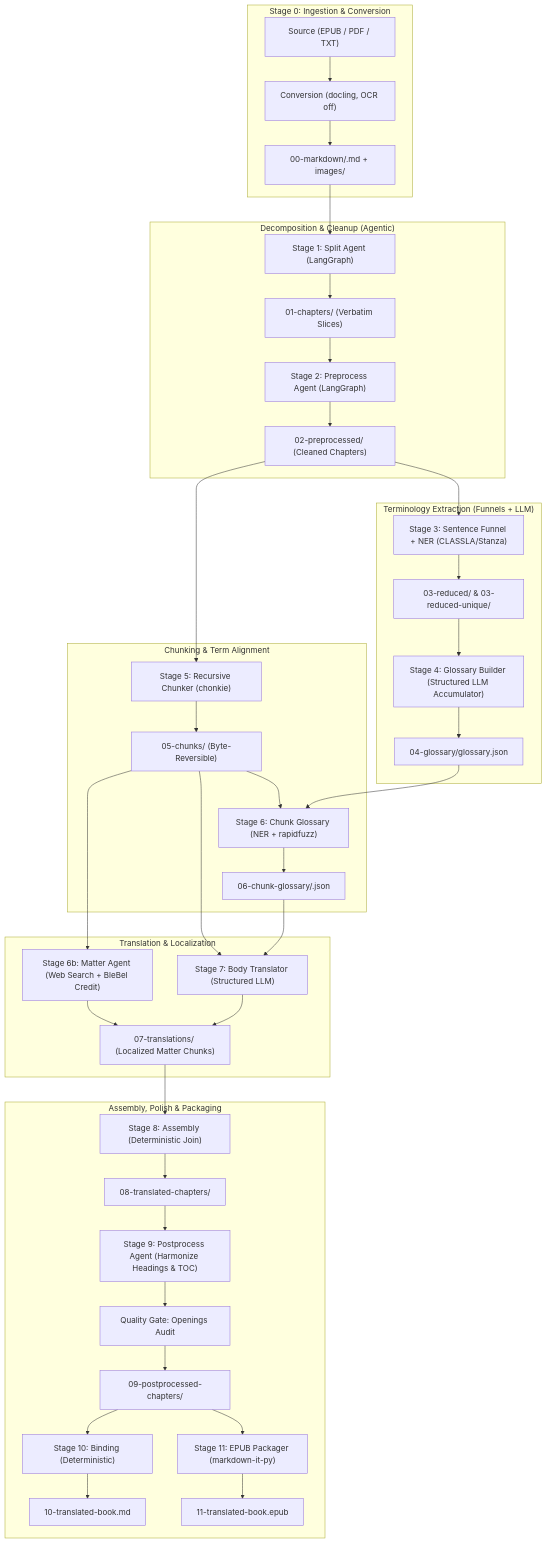
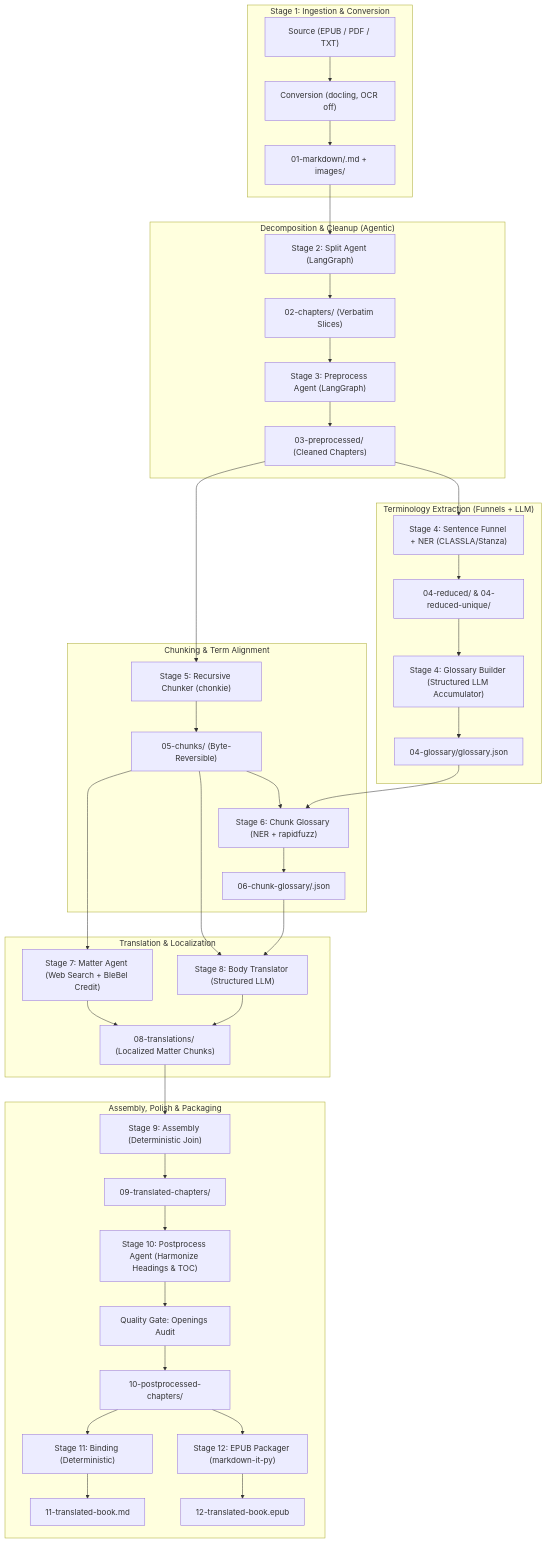
One commit to jovistos/blebel-ai-book-translator changed the first of 2 diagrams in docs/architecture/overview.md. Above: the diagram before and after it, drawn with Mermaid. The commit also changed other lines of this file and 88 other files, not shown here.

````diff
--- a/docs/architecture/overview.md
+++ b/docs/architecture/overview.md
@@ -11,49 +11,49 @@
 ```mermaid
 flowchart TD
-    subgraph S0["Stage 0: Ingestion & Conversion"]
+    subgraph S1["Stage 1: Ingestion & Conversion"]
         Raw["Source (EPUB / PDF / TXT)"] --> Convert["Conversion (docling, OCR off)"]
-        Convert --> M0["00-markdown/<book>.md + images/"]
+        Convert --> M0["01-markdown/<book>.md + images/"]
     end
 
-    subgraph S1_2["Decomposition & Cleanup (Agentic)"]
-        M0 --> Split["Stage 1: Split Agent (LangGraph)"]
-        Split --> C1["01-chapters/ (Verbatim Slices)"]
-        C1 --> Preprocess["Stage 2: Preprocess Agent (LangGraph)"]
-        Preprocess --> C2["02-preprocessed/ (Cleaned Chapters)"]
+    subgraph S2_3["Decomposition & Cleanup (Agentic)"]
+        M0 --> Split["Stage 2: Split Agent (LangGraph)"]
+        Split --> C1["02-chapters/ (Verbatim Slices)"]
+        C1 --> Preprocess["Stage 3: Preprocess Agent (LangGraph)"]
+        Preprocess --> C2["03-preprocessed/ (Cleaned Chapters)"]
     end
 
-    subgraph S3_4["Terminology Extraction (Funnels + LLM)"]
-        C2 --> Dict["Stage 3: Sentence Funnel + NER (CLASSLA/Stanza)"]
-        Dict --> R3["03-reduced/ & 03-reduced-unique/"]
+    subgraph S4["Terminology Extraction (Funnels + LLM)"]
+        C2 --> Dict["Stage 4: Sentence Funnel + NER (CLASSLA/Stanza)"]
+        Dict --> R3["04-reduced/ & 04-reduced-unique/"]
         R3 --> Gloss["Stage 4: Glossary Builder (Structured LLM Accumulator)"]
         Gloss --> G4["04-glossary/glossary.json"]
     end
 
     subgraph S5_6["Chunking & Term Alignment"]
         C2 --> Chunk["Stage 5: Recursive Chunker (chonkie)"]
         Chunk --> K5["05-chunks/ (Byte-Reversible)"]
         K5 --> CG["Stage 6: Chunk Glossary (NER + rapidfuzz)"]
         G4 --> CG
         CG --> CG6["06-chunk-glossary/<chunk>.json"]
     end
 
-    subgraph S6b_7["Translation & Localization"]
-        K5 --> Matter["Stage 6b: Matter Agent (Web Search + BleBel Credit)"]
-        Matter --> T7["07-translations/ (Localized Matter Chunks)"]
-        K5 --> Trans["Stage 7: Body Translator (Structured LLM)"]
+    subgraph S7_8["Translation & Localization"]
+        K5 --> Matter["Stage 7: Matter Agent (Web Search + BleBel Credit)"]
+        Matter --> T7["08-translations/ (Localized Matter Chunks)"]
+        K5 --> Trans["Stage 8: Body Translator (Structured LLM)"]
         CG6 --> Trans
         Trans --> T7
     end
 
-    subgraph S8_11["Assembly, Polish & Packaging"]
-        T7 --> Assemble["Stage 8: Assembly (Deterministic Join)"]
-        Assemble --> A8["08-translated-chapters/"]
-        A8 --> Post["Stage 9: Postprocess Agent (Harmonize Headings & TOC)"]
+    subgraph S9_12["Assembly, Polish & Packaging"]
+        T7 --> Assemble["Stage 9: Assembly (Deterministic Join)"]
+        Assemble --> A8["09-translated-chapters/"]
+        A8 --> Post["Stage 10: Postprocess Agent (Harmonize Headings & TOC)"]
         Post --> OpenAudit["Quality Gate: Openings Audit"]
-        OpenAudit --> P9["09-postprocessed-chapters/"]
-        P9 --> Bind["Stage 10: Binding (Deterministic)"]
-        Bind --> B10["10-translated-book.md"]
-        P9 --> EPUB["Stage 11: EPUB Packager (markdown-it-py)"]
-        EPUB --> E11["11-translated-book.epub"]
+        OpenAudit --> P9["10-postprocessed-chapters/"]
+        P9 --> Bind["Stage 11: Binding (Deterministic)"]
+        Bind --> B10["11-translated-book.md"]
+        P9 --> EPUB["Stage 12: EPUB Packager (markdown-it-py)"]
+        EPUB --> E11["12-translated-book.epub"]
     end
 ```
````
